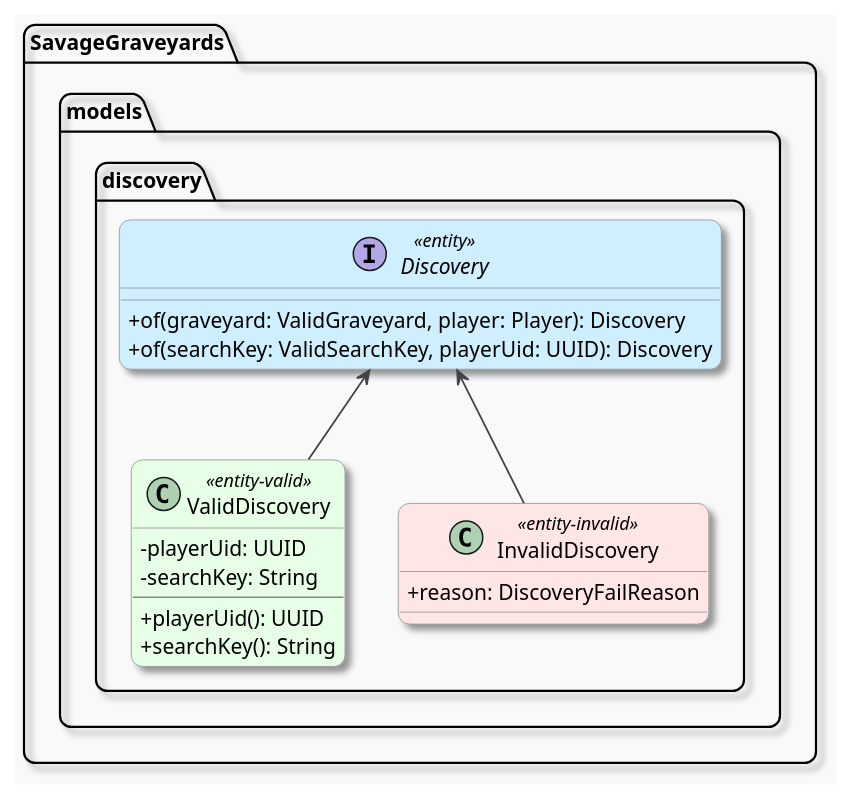
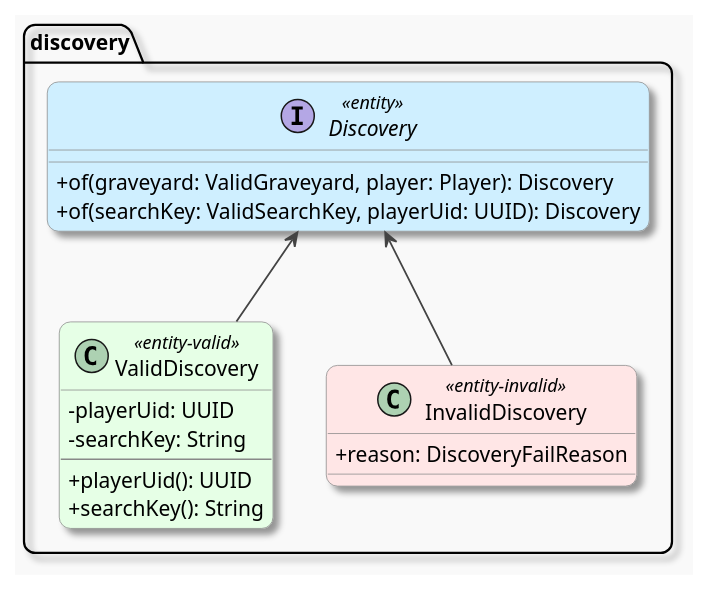
The diagram in models/doc-files/diagrams/Discovery_structure.puml (winterhavenmc/SavageGraveyards), drawn with PlantUML before and after one commit. The commit also changed 10 other files, not shown here.

```diff
--- a/models/doc-files/diagrams/Discovery_structure.puml
+++ b/models/doc-files/diagrams/Discovery_structure.puml
@@ -1,47 +1,43 @@
 @startuml
 
 ' === GLOBAL STYLING ===
 skinparam backgroundColor #f9f9f9
 skinparam shadowing true
 skinparam roundCorner 15
 skinparam ArrowColor #444444
 skinparam ArrowThickness 1.2
 skinparam ArrowFontSize 11
 skinparam packageTitleFontSize 14
 skinparam classFontName "Helvetica"
 skinparam classAttributeIconSize 0
 skinparam class {
   BackgroundColor white
   BorderColor #888888
 }
 skinparam class {
   BackgroundColor<<entity>> #cfefff
     BackgroundColor<<entity-valid>> #e6ffe6
   BackgroundColor<<entity-invalid>> #ffe6e6
 }
 
 
-package SavageGraveyards {
-    package models {
-        package discovery {
-            interface Discovery <<entity>> {
-                + of(graveyard: ValidGraveyard, player: Player): Discovery
-                + of(searchKey: ValidSearchKey, playerUid: UUID): Discovery
-            }
-            class ValidDiscovery <<entity-valid>> {
-                - playerUid: UUID
-                - searchKey: String
-                --
-                + playerUid(): UUID
-                + searchKey(): String
-            }
-            class InvalidDiscovery <<entity-invalid>> {
-                + reason: DiscoveryFailReason
-            }
-            Discovery <-- ValidDiscovery
-            Discovery <-- InvalidDiscovery
-        }
+package discovery {
+    interface Discovery <<entity>> {
+        + of(graveyard: ValidGraveyard, player: Player): Discovery
+        + of(searchKey: ValidSearchKey, playerUid: UUID): Discovery
     }
+    class ValidDiscovery <<entity-valid>> {
+        - playerUid: UUID
+        - searchKey: String
+        --
+        + playerUid(): UUID
+        + searchKey(): String
+    }
+    class InvalidDiscovery <<entity-invalid>> {
+        + reason: DiscoveryFailReason
+    }
+    Discovery <-- ValidDiscovery
+    Discovery <-- InvalidDiscovery
 }
 
 @enduml
```
